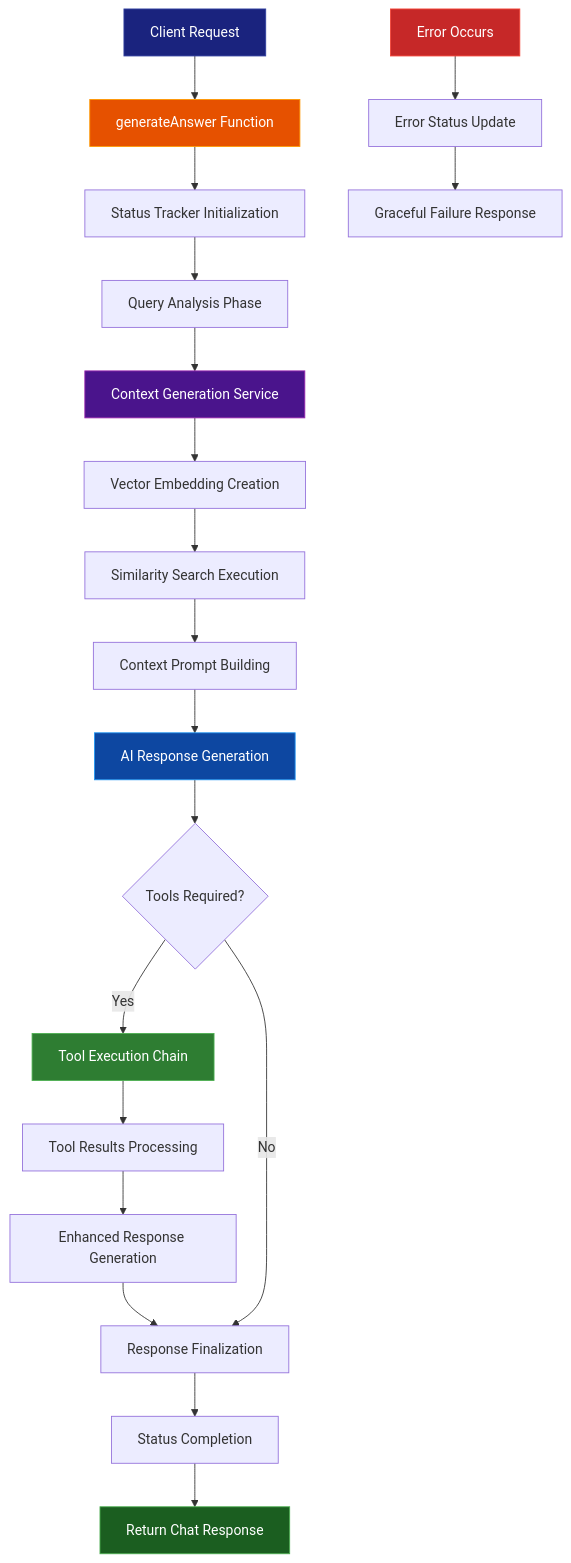
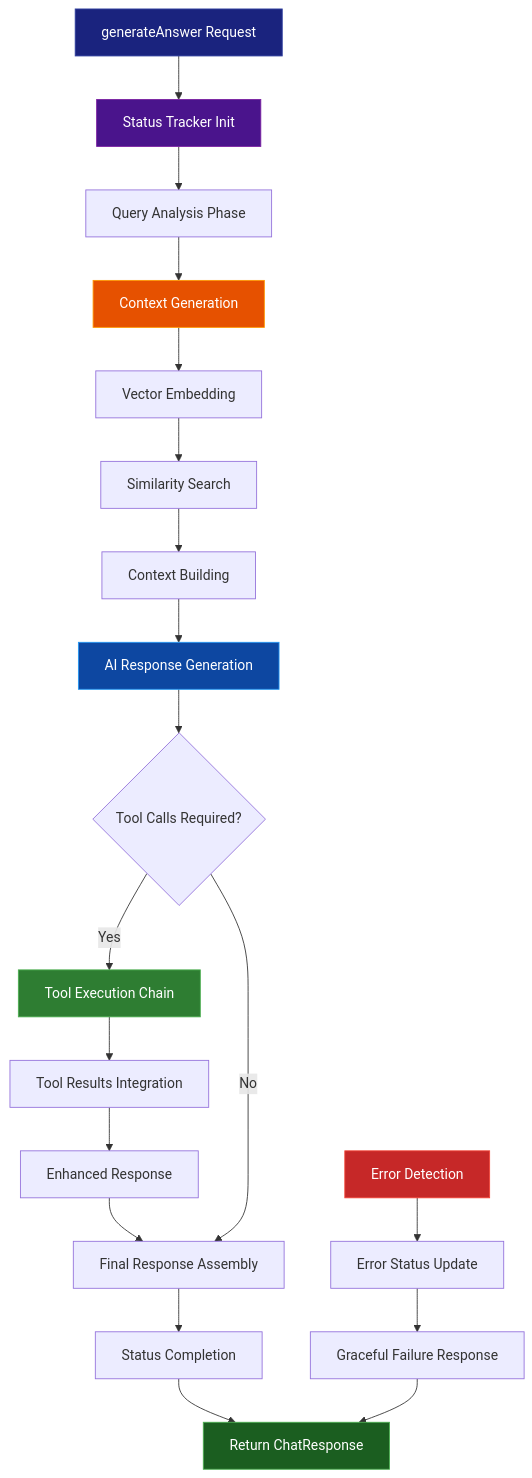
One commit to rlynjb/adventurecue changed the diagram in docs/services/chat.md. Above: the diagram before and after it, drawn with Mermaid. The commit also changed other lines of this file, not shown here.

````diff
--- a/docs/services/chat.md
+++ b/docs/services/chat.md
@@ -49,34 +54,34 @@
 ```mermaid
 graph TD
-    A[Client Request] --> B[generateAnswer Function]
-    B --> C[Status Tracker Initialization]
-    C --> D[Query Analysis Phase]
+    A[generateAnswer Request] --> B[Status Tracker Init]
+    B --> C[Query Analysis Phase]
 
-    D --> E[Context Generation Service]
-    E --> F[Vector Embedding Creation]
-    F --> G[Similarity Search Execution]
-    G --> H[Context Prompt Building]
+    C --> D[Context Generation]
+    D --> E[Vector Embedding]
+    E --> F[Similarity Search]
+    F --> G[Context Building]
 
-    H --> I[AI Response Generation]
-    I --> J{Tools Required?}
+    G --> H[AI Response Generation]
+    H --> I{Tool Calls Required?}
 
-    J -->|Yes| K[Tool Execution Chain]
-    K --> L[Tool Results Processing]
-    L --> M[Enhanced Response Generation]
-    M --> N[Response Finalization]
+    I -->|Yes| J[Tool Execution Chain]
+    J --> K[Tool Results Integration]
+    K --> L[Enhanced Response]
+    L --> M[Final Response Assembly]
 
-    J -->|No| N[Response Finalization]
-    N --> O[Status Completion]
-    O --> P[Return Chat Response]
+    I -->|No| M[Final Response Assembly]
+    M --> N[Status Completion]
+    N --> O[Return ChatResponse]
 
-    Q[Error Occurs] --> R[Error Status Update]
-    R --> S[Graceful Failure Response]
+    P[Error Detection] --> Q[Error Status Update]
+    Q --> R[Graceful Failure Response]
+    R --> O
 
     style A fill:#1a237e,stroke:#303f9f,color:#ffffff
-    style B fill:#e65100,stroke:#ff9800,color:#ffffff
-    style E fill:#4a148c,stroke:#9c27b0,color:#ffffff
-    style I fill:#0d47a1,stroke:#2196f3,color:#ffffff
-    style K fill:#2e7d32,stroke:#4caf50,color:#ffffff
-    style Q fill:#c62828,stroke:#f44336,color:#ffffff
-    style P fill:#1b5e20,stroke:#4caf50,color:#ffffff
+    style B fill:#4a148c,stroke:#7b1fa2,color:#ffffff
+    style D fill:#e65100,stroke:#ff9800,color:#ffffff
+    style H fill:#0d47a1,stroke:#2196f3,color:#ffffff
+    style J fill:#2e7d32,stroke:#4caf50,color:#ffffff
+    style P fill:#c62828,stroke:#f44336,color:#ffffff
+    style O fill:#1b5e20,stroke:#4caf50,color:#ffffff
 ```
````
